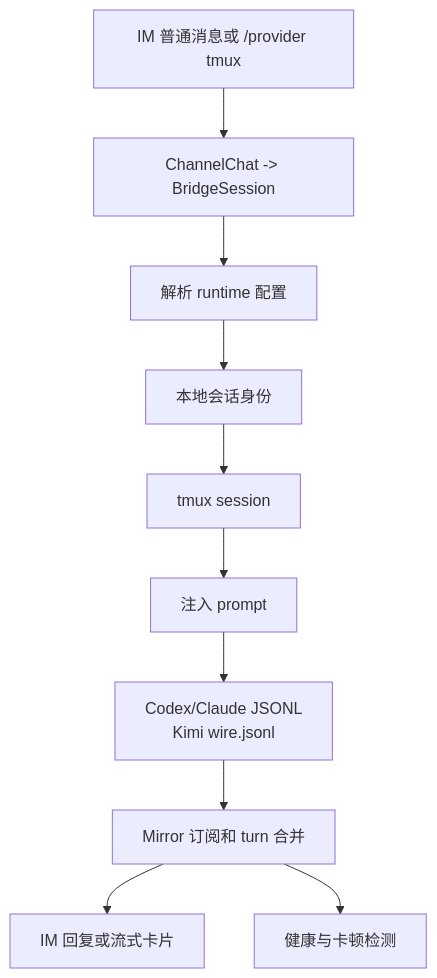
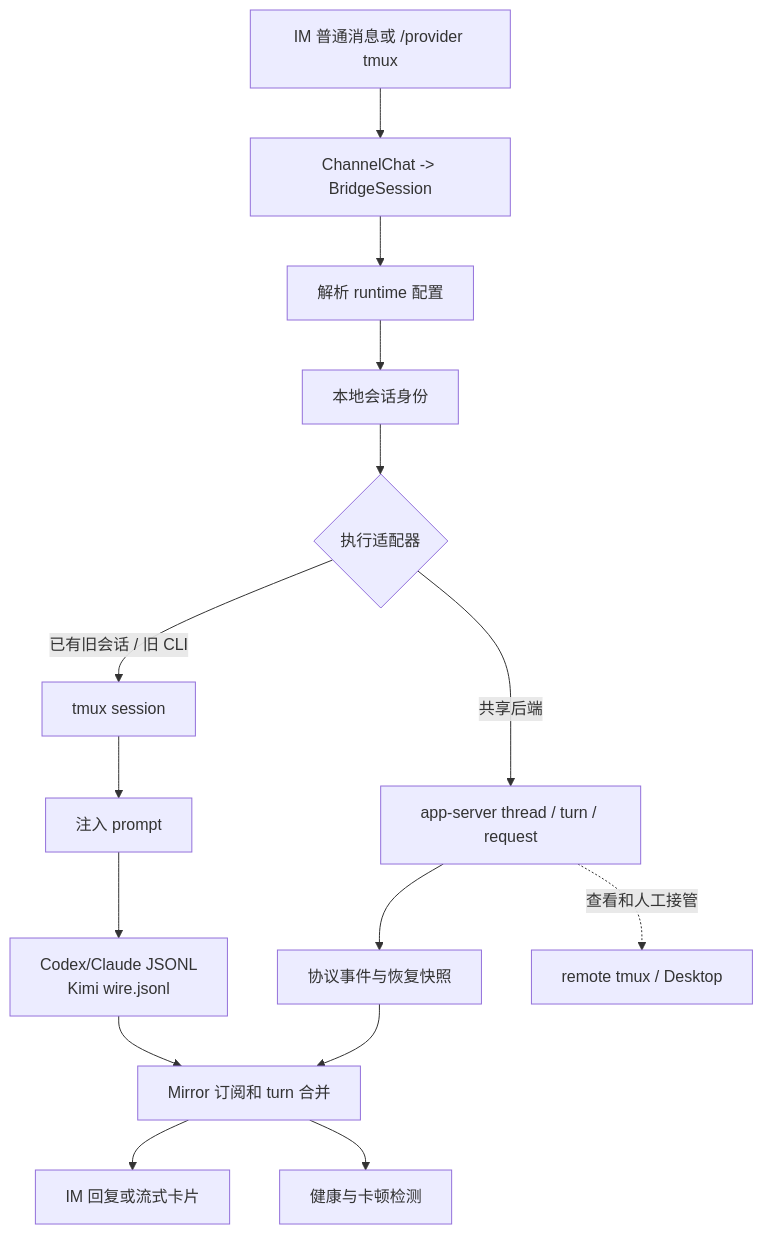
Before and after one commit to huiyeruzhou/codelark: the diagram in docs/architecture/tmux-runtime-lifecycle.md, drawn with Mermaid. The commit also changed other lines of this file and 45 other files, not shown here.

````diff
--- a/docs/architecture/tmux-runtime-lifecycle.md
+++ b/docs/architecture/tmux-runtime-lifecycle.md
@@ -7,23 +7,28 @@
 ```mermaid
 flowchart TD
   msg[IM 普通消息或 /provider tmux]
   binding[ChannelChat -> BridgeSession]
   config[解析 runtime 配置]
   thread[本地会话身份]
   tmux[tmux session]
   inject[注入 prompt]
   jsonl[Codex/Claude JSONL<br/>Kimi wire.jsonl]
   mirror[Mirror 订阅和 turn 合并]
   health[健康与卡顿检测]
   reply[IM 回复或流式卡片]
 
   msg --> binding
   binding --> config
   config --> thread
-  thread --> tmux
+  thread --> protocol{执行适配器}
+  protocol -->|已有旧会话 / 旧 CLI| tmux
+  protocol -->|共享后端| app[app-server thread / turn / request]
+  app --> events[协议事件与恢复快照]
+  events --> mirror
+  app -.查看和人工接管.-> view[remote tmux / Desktop]
   tmux --> inject
   inject --> jsonl
   jsonl --> mirror
   mirror --> reply
   mirror --> health
 ```
````
